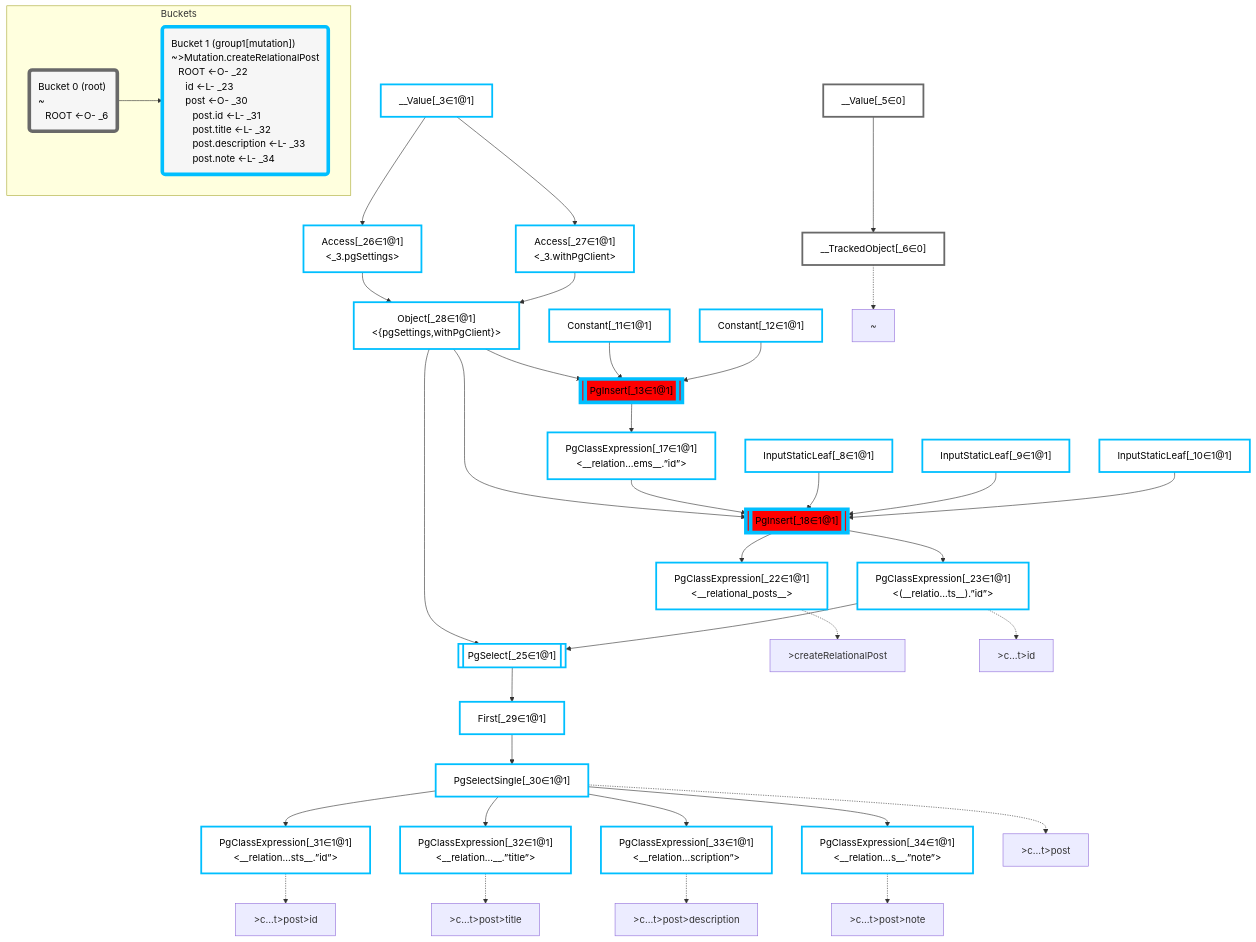
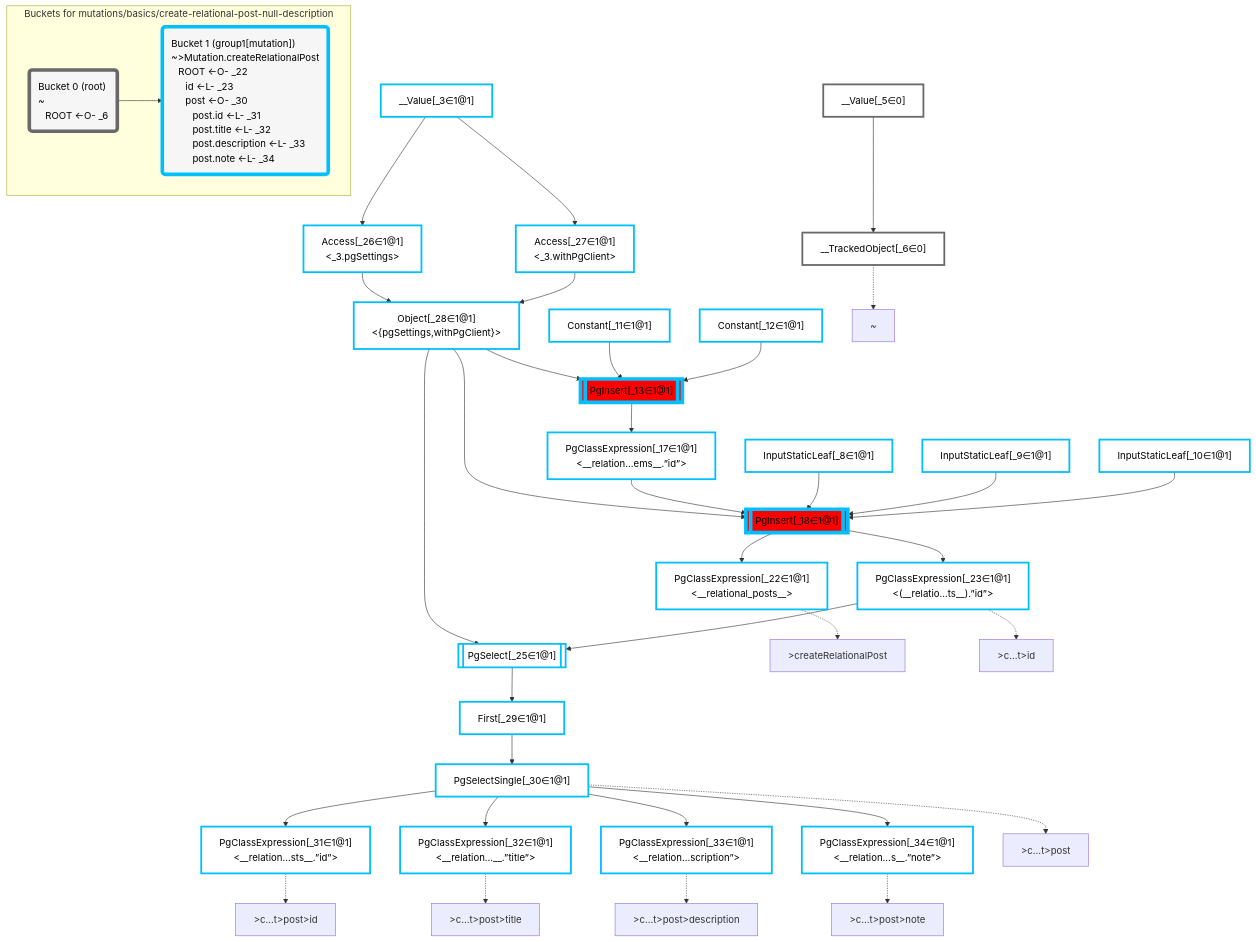
The diagram in packages/dataplan-pg/__tests__/mutations/basics/create-relational-post-null-description.mermaid.md (graphile/crystal), drawn with Mermaid before and after one commit. The commit also changed 195 other files, not shown here.

```diff
--- a/packages/dataplan-pg/__tests__/mutations/basics/create-relational-post-null-description.mermaid.md
+++ b/packages/dataplan-pg/__tests__/mutations/basics/create-relational-post-null-description.mermaid.md
@@ -82,7 +82,7 @@
     classDef bucket1 stroke:#00bfff
     class __Value_3,InputStaticLeaf_8,InputStaticLeaf_9,InputStaticLeaf_10,Constant_11,Constant_12,PgInsert_13,PgClassExpression_17,PgInsert_18,PgClassExpression_22,PgClassExpression_23,PgSelect_25,Access_26,Access_27,Object_28,First_29,PgSelectSingle_30,PgClassExpression_31,PgClassExpression_32,PgClassExpression_33,PgClassExpression_34 bucket1
 
-    subgraph Buckets
+    subgraph "Buckets for mutations/basics/create-relational-post-null-description"
     Bucket0("Bucket 0 (root)<br />~<br />⠀ROOT <-O- _6"):::bucket
     style Bucket0 stroke:#696969
     Bucket1("Bucket 1 (group1[mutation])<br />~>Mutation.createRelationalPost<br />⠀ROOT <-O- _22<br />⠀⠀id <-L- _23<br />⠀⠀post <-O- _30<br />⠀⠀⠀post.id <-L- _31<br />⠀⠀⠀post.title <-L- _32<br />⠀⠀⠀post.description <-L- _33<br />⠀⠀⠀post.note <-L- _34"):::bucket
```
